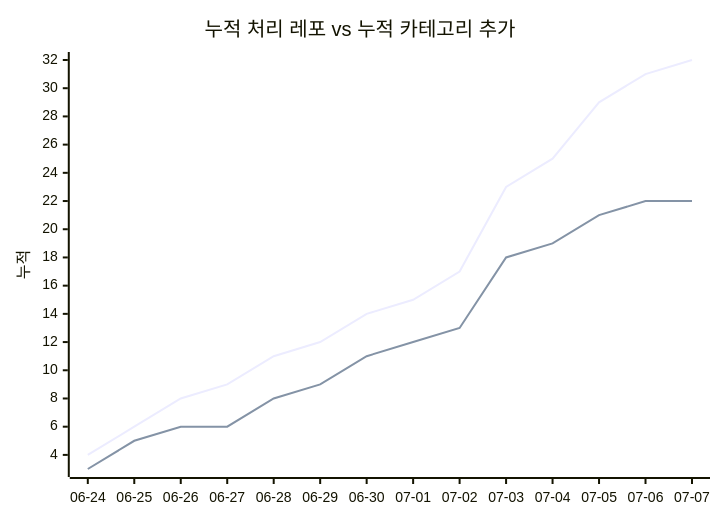
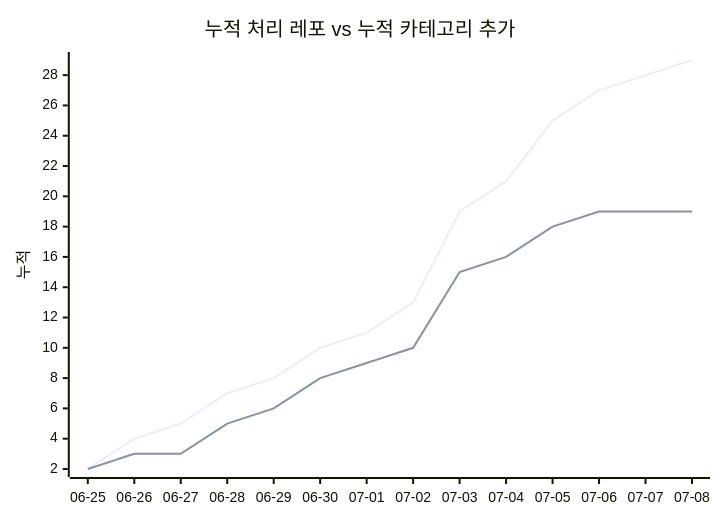
One commit to J-nowcow/awesome-korean-agent-skills changed the second of 2 diagrams in docs/trends.md. Above: the diagram before and after it, drawn with Mermaid. The commit also changed other lines of this file and 2 other files, not shown here.

````diff
--- a/docs/trends.md
+++ b/docs/trends.md
@@ -68,8 +68,8 @@
 ```mermaid
 xychart-beta
     title "누적 처리 레포 vs 누적 카테고리 추가"
-    x-axis ["06-24","06-25","06-26","06-27","06-28","06-29","06-30","07-01","07-02","07-03","07-04","07-05","07-06","07-07"]
+    x-axis ["06-25","06-26","06-27","06-28","06-29","06-30","07-01","07-02","07-03","07-04","07-05","07-06","07-07","07-08"]
     y-axis "누적"
-    line [4,6,8,9,11,12,14,15,17,23,25,29,31,32]
-    line [3,5,6,6,8,9,11,12,13,18,19,21,22,22]
+    line [2,4,5,7,8,10,11,13,19,21,25,27,28,29]
+    line [2,3,3,5,6,8,9,10,15,16,18,19,19,19]
 ```
````
